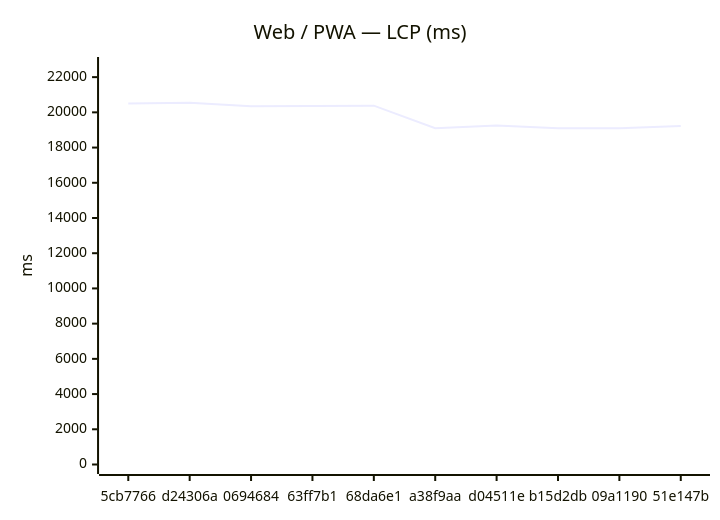
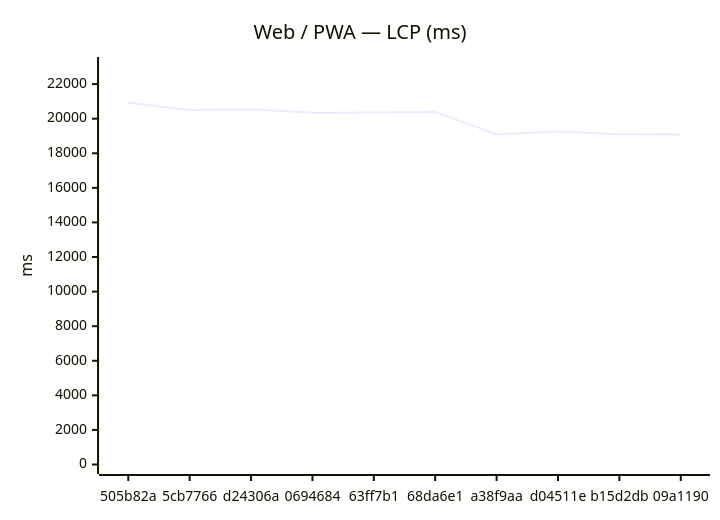
The first of 18 diagrams in benchmarks/compare.md (Metaheurist/Rianell), drawn with Mermaid before and after one commit. The commit also changed other lines of this file and 11 other files, not shown here.

````diff
--- a/benchmarks/compare.md
+++ b/benchmarks/compare.md
@@ -24,7 +24,7 @@
 ```mermaid
 xychart-beta
     title "Web / PWA — LCP (ms)"
-    x-axis ["5cb7766", "d24306a", "0694684", "63ff7b1", "68da6e1", "a38f9aa", "d04511e", "b15d2db", "09a1190", "51e147b"]
-    y-axis "ms" 0 --> 22604
-    line [20504, 20549, 20346, 20361, 20380, 19099, 19257, 19097, 19090, 19227]
+    x-axis ["505b82a", "5cb7766", "d24306a", "0694684", "63ff7b1", "68da6e1", "a38f9aa", "d04511e", "b15d2db", "09a1190"]
+    y-axis "ms" 0 --> 23018
+    line [20925, 20504, 20549, 20346, 20361, 20380, 19099, 19257, 19097, 19090]
 ```
````
